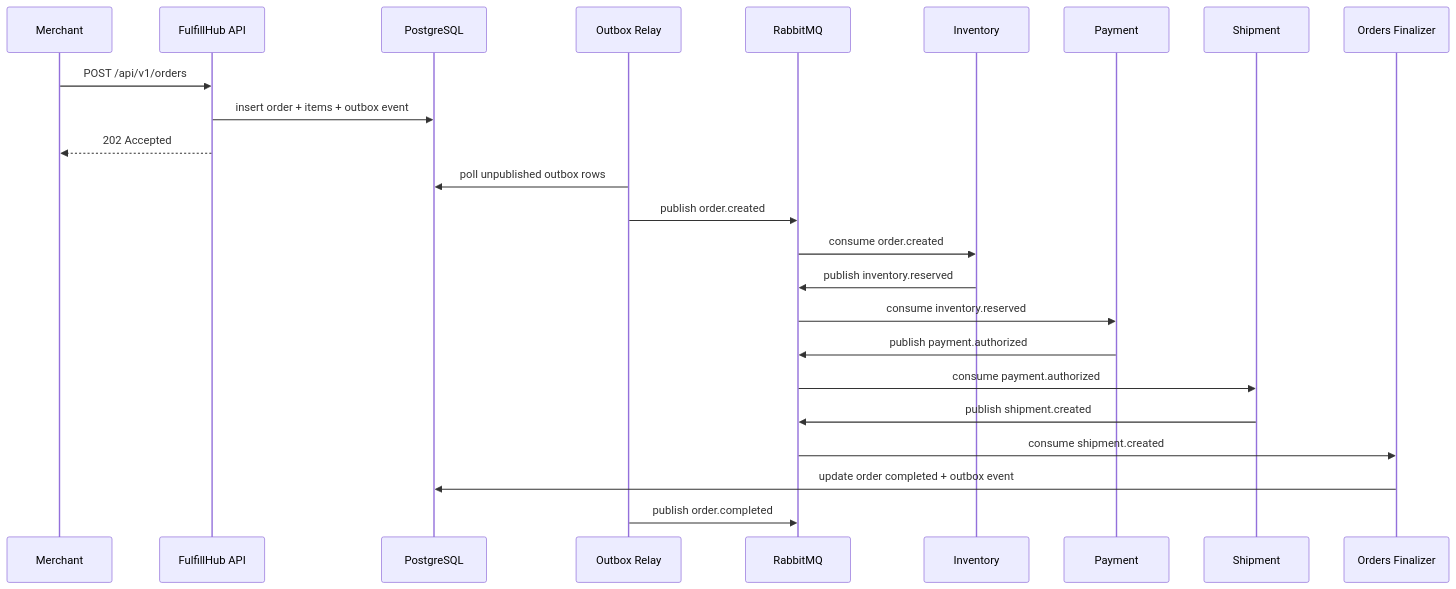
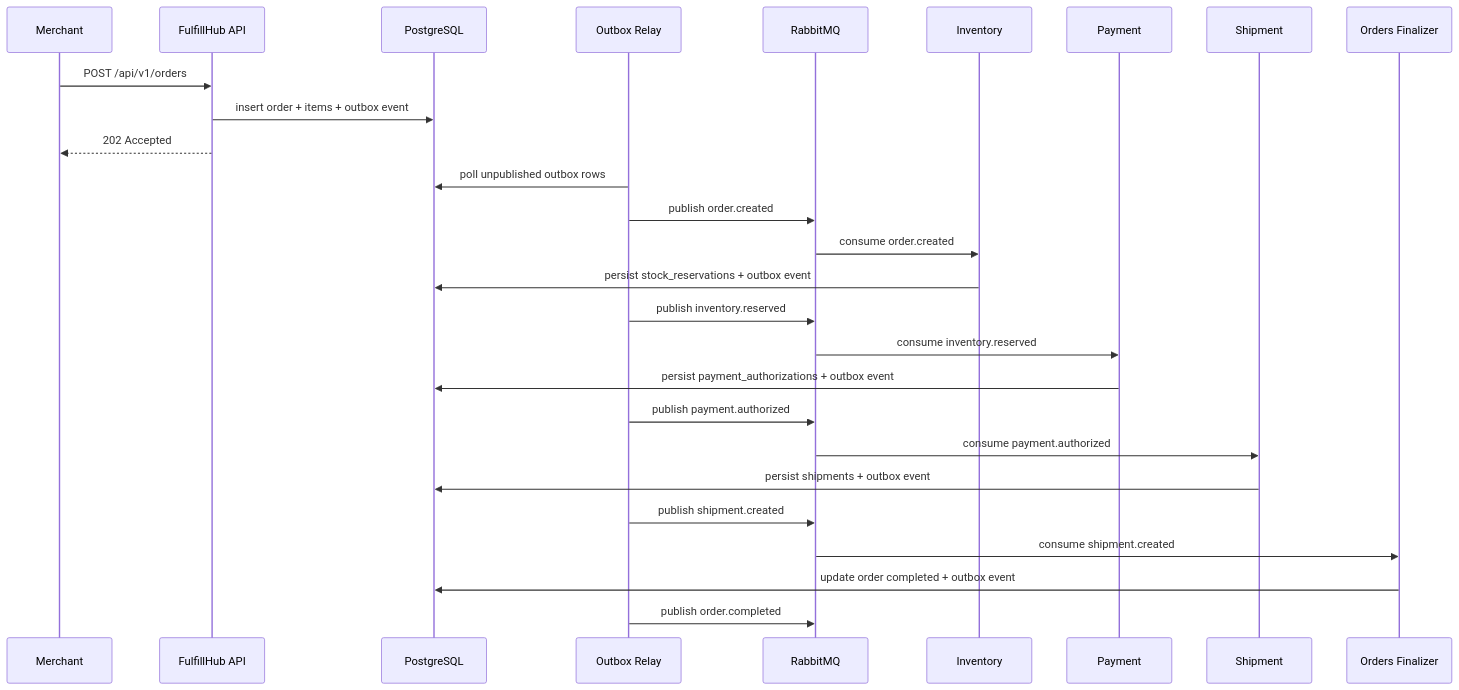
The diagram in docs/diagrams/order-saga-sequence.md (Defyland/fulfillhub-go-commerce-platform), drawn with Mermaid before and after one commit. The commit also changed other lines of this file and 13 other files, not shown here.

Commit message:
feat(async): persist fulfillment projections via outbox

````diff
--- a/docs/diagrams/order-saga-sequence.md
+++ b/docs/diagrams/order-saga-sequence.md
@@ -3,27 +3,30 @@
 ```mermaid
 sequenceDiagram
   participant Merchant
   participant API as FulfillHub API
   participant DB as PostgreSQL
   participant Relay as Outbox Relay
   participant MQ as RabbitMQ
   participant Inventory
   participant Payment
   participant Shipment
   participant Orders as Orders Finalizer
 
   Merchant->>API: POST /api/v1/orders
   API->>DB: insert order + items + outbox event
   API-->>Merchant: 202 Accepted
   Relay->>DB: poll unpublished outbox rows
   Relay->>MQ: publish order.created
   MQ->>Inventory: consume order.created
-  Inventory->>MQ: publish inventory.reserved
+  Inventory->>DB: persist stock_reservations + outbox event
+  Relay->>MQ: publish inventory.reserved
   MQ->>Payment: consume inventory.reserved
-  Payment->>MQ: publish payment.authorized
+  Payment->>DB: persist payment_authorizations + outbox event
+  Relay->>MQ: publish payment.authorized
   MQ->>Shipment: consume payment.authorized
-  Shipment->>MQ: publish shipment.created
+  Shipment->>DB: persist shipments + outbox event
+  Relay->>MQ: publish shipment.created
   MQ->>Orders: consume shipment.created
   Orders->>DB: update order completed + outbox event
   Relay->>MQ: publish order.completed
 ```
````
